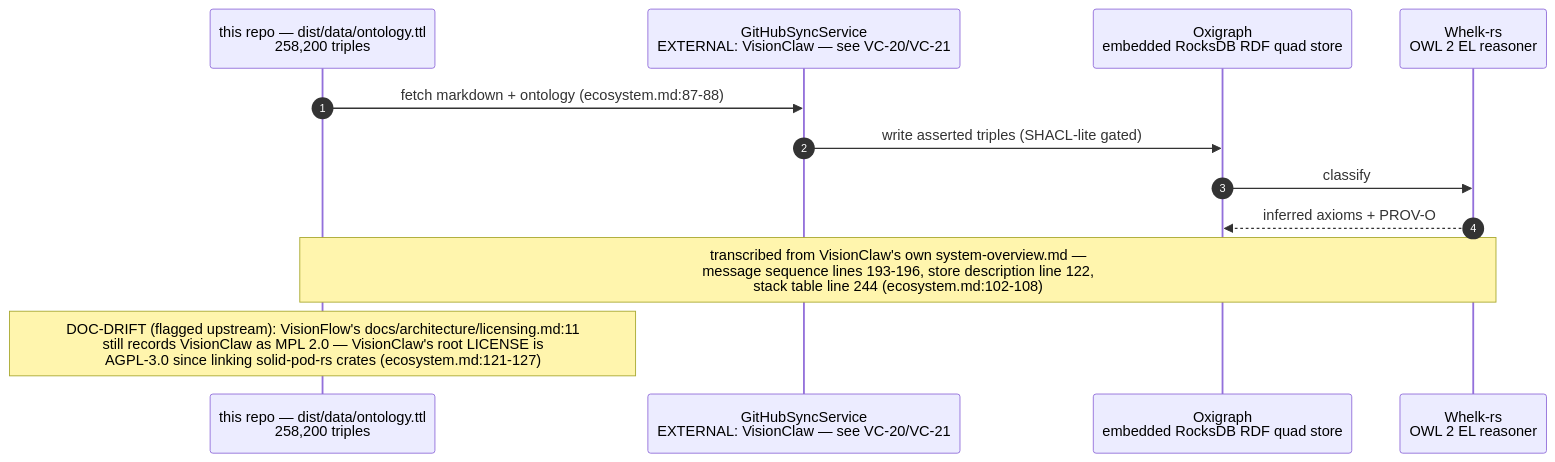
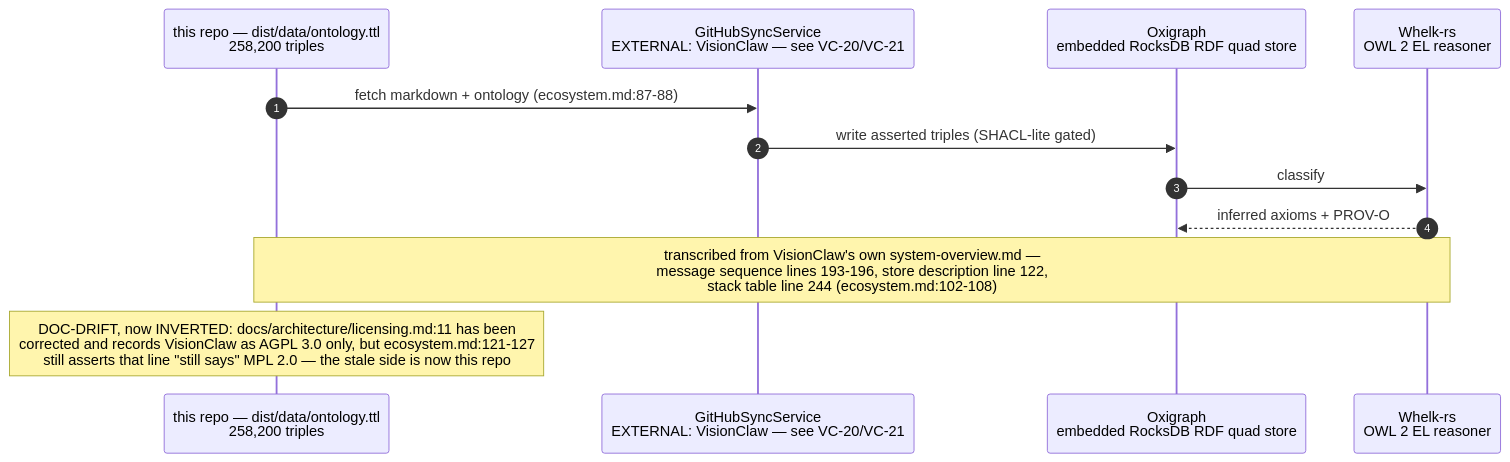
One commit to DreamLab-AI/VisionFlow changed the second of 4 diagrams in docs/diagrams/knowledgegraph/06-consumers-and-integration.md. Above: the diagram before and after it, drawn with Mermaid. The commit also changed other lines of this file and 11 other files, not shown here.

First line of the commit message:
docs(diagrams): audit the five light areas, and draw the proposed chain view

````diff
--- a/docs/diagrams/knowledgegraph/06-consumers-and-integration.md
+++ b/docs/diagrams/knowledgegraph/06-consumers-and-integration.md
@@ -39,15 +39,15 @@
 ```mermaid
 sequenceDiagram
     autonumber
     participant KG as this repo — dist/data/ontology.ttl<br/>258,200 triples
     participant SYNC as GitHubSyncService<br/>EXTERNAL: VisionClaw — see VC-20/VC-21
     participant OXI as Oxigraph<br/>embedded RocksDB RDF quad store
     participant WHELK as Whelk-rs<br/>OWL 2 EL reasoner
 
     KG->>SYNC: fetch markdown + ontology #40;ecosystem.md:87-88#41;
     SYNC->>OXI: write asserted triples #40;SHACL-lite gated#41;
     OXI->>WHELK: classify
     WHELK-->>OXI: inferred axioms + PROV-O
     Note over KG,WHELK: transcribed from VisionClaw's own system-overview.md —<br/>message sequence lines 193-196, store description line 122,<br/>stack table line 244 #40;ecosystem.md:102-108#41;
-    Note over KG: DOC-DRIFT #40;flagged upstream#41;: VisionFlow's docs/architecture/licensing.md:11<br/>still records VisionClaw as MPL 2.0 — VisionClaw's root LICENSE is<br/>AGPL-3.0 since linking solid-pod-rs crates #40;ecosystem.md:121-127#41;
+    Note over KG: DOC-DRIFT, now INVERTED: docs/architecture/licensing.md:11 has been<br/>corrected and records VisionClaw as AGPL 3.0 only, but ecosystem.md:121-127<br/>still asserts that line "still says" MPL 2.0 — the stale side is now this repo
 ```
````
